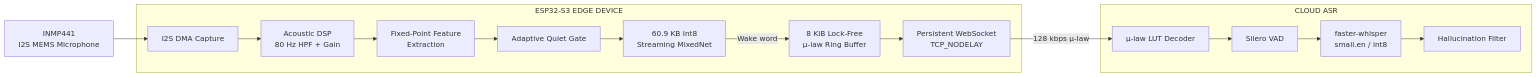
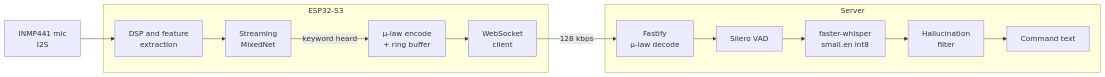
Before and after one commit to Raj24-dev/Kws: the first of 12 diagrams in README.md, drawn with Mermaid. The commit also changed other lines of this file, not shown here.

````diff
--- a/README.md
+++ b/README.md
@@ -149,35 +29,13 @@
 ```mermaid
 flowchart LR
-
-    MIC["INMP441<br/>I2S MEMS Microphone"]
-
-    subgraph ESP["ESP32-S3 EDGE DEVICE"]
-        I2S["I2S DMA Capture"]
-        DSP["Acoustic DSP<br/>80 Hz HPF + Gain"]
-        FE["Fixed-Point Feature<br/>Extraction"]
-        KWS["60.9 KB Int8<br/>Streaming MixedNet"]
-        GATE["Adaptive Quiet Gate"]
-        RING["8 KiB Lock-Free<br/>μ-law Ring Buffer"]
-        WS["Persistent WebSocket<br/>TCP_NODELAY"]
+    MIC["INMP441 mic<br/>I2S"] --> FE
+    subgraph ESP["ESP32-S3"]
+        FE["DSP and feature<br/>extraction"] --> KWS["Streaming<br/>MixedNet"]
+        KWS -->|"keyword heard"| ENC["μ-law encode<br/>+ ring buffer"]
+        ENC --> WS["WebSocket<br/>client"]
     end
-
-    subgraph CLOUD["CLOUD ASR"]
-        DEC["μ-law LUT Decoder"]
-        VAD["Silero VAD"]
-        ASR["faster-whisper<br/>small.en / int8"]
-        FILTER["Hallucination Filter"]
+    WS -->|"128 kbps"| SRV
+    subgraph CLOUD["Server"]
+        SRV["Fastify<br/>μ-law decode"] --> VAD["Silero VAD"] --> ASR["faster-whisper<br/>small.en int8"] --> FILT["Hallucination<br/>filter"] --> TXT["Command text"]
     end
-
-    MIC --> I2S
-    I2S --> DSP
-    DSP --> FE
-    FE --> GATE
-    GATE --> KWS
-
-    KWS -->|"Wake word"| RING
-    RING --> WS
-    WS -->|"128 kbps μ-law"| DEC
-    DEC --> VAD
-    VAD --> ASR
-    ASR --> FILTER
 ```
````
